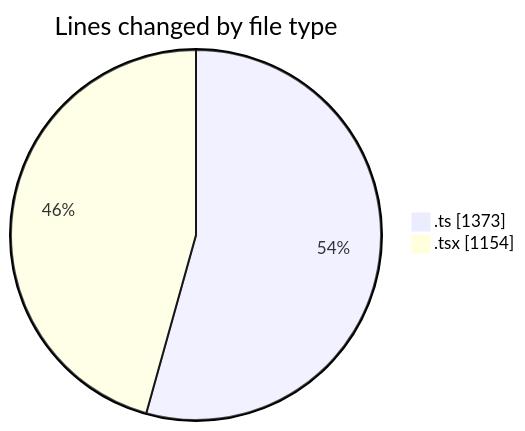
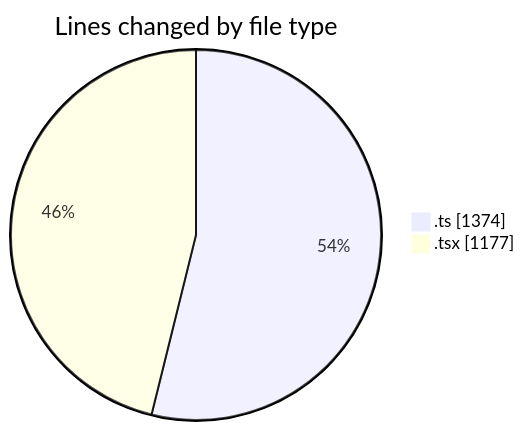
One commit to julien-gomy/code-tracking changed the first of 2 diagrams in 2025-10-23/eventscop-frontend-guide__workspace_/README.md. Above: the diagram before and after it, drawn with Mermaid. The commit also changed other lines of this file and 1 other file, not shown here.

````diff
--- a/2025-10-23/eventscop-frontend-guide__workspace_/README.md
+++ b/2025-10-23/eventscop-frontend-guide__workspace_/README.md
@@ -30,6 +30,6 @@
 ```mermaid
 pie showData
 title Lines changed by file type
-".ts" : 1373
-".tsx" : 1154
+".ts" : 1374
+".tsx" : 1177
 ```
````
